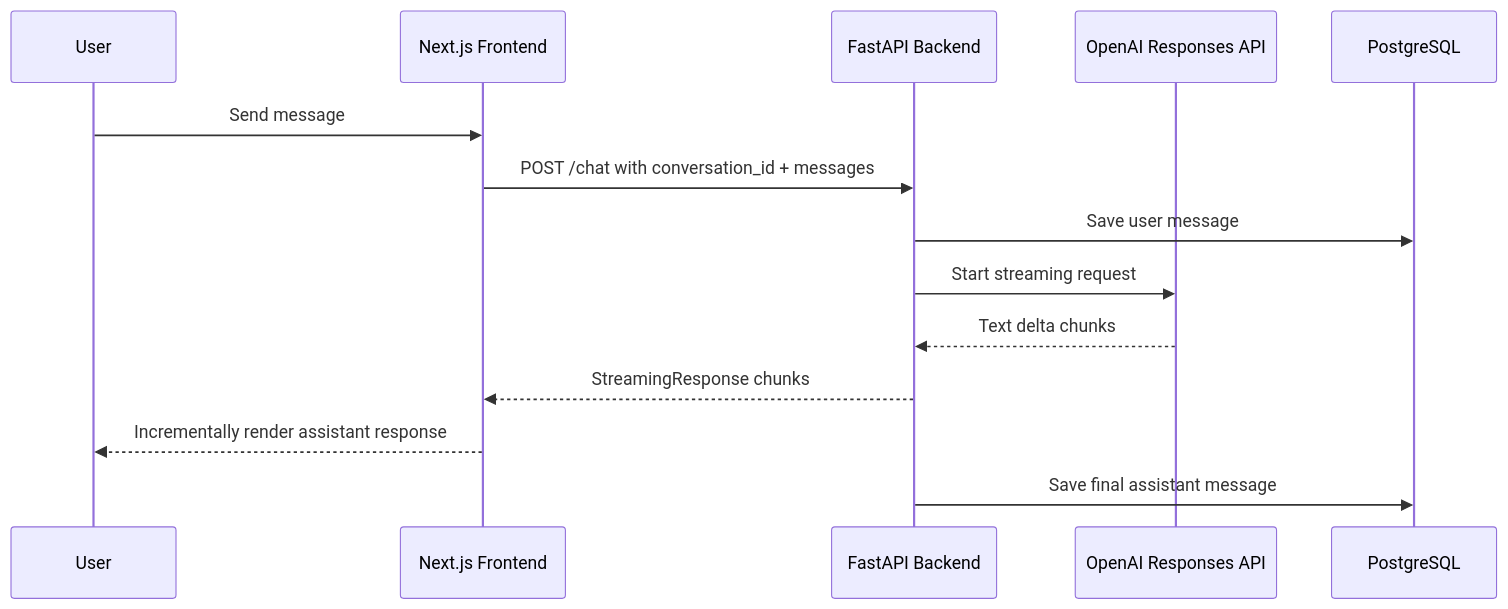
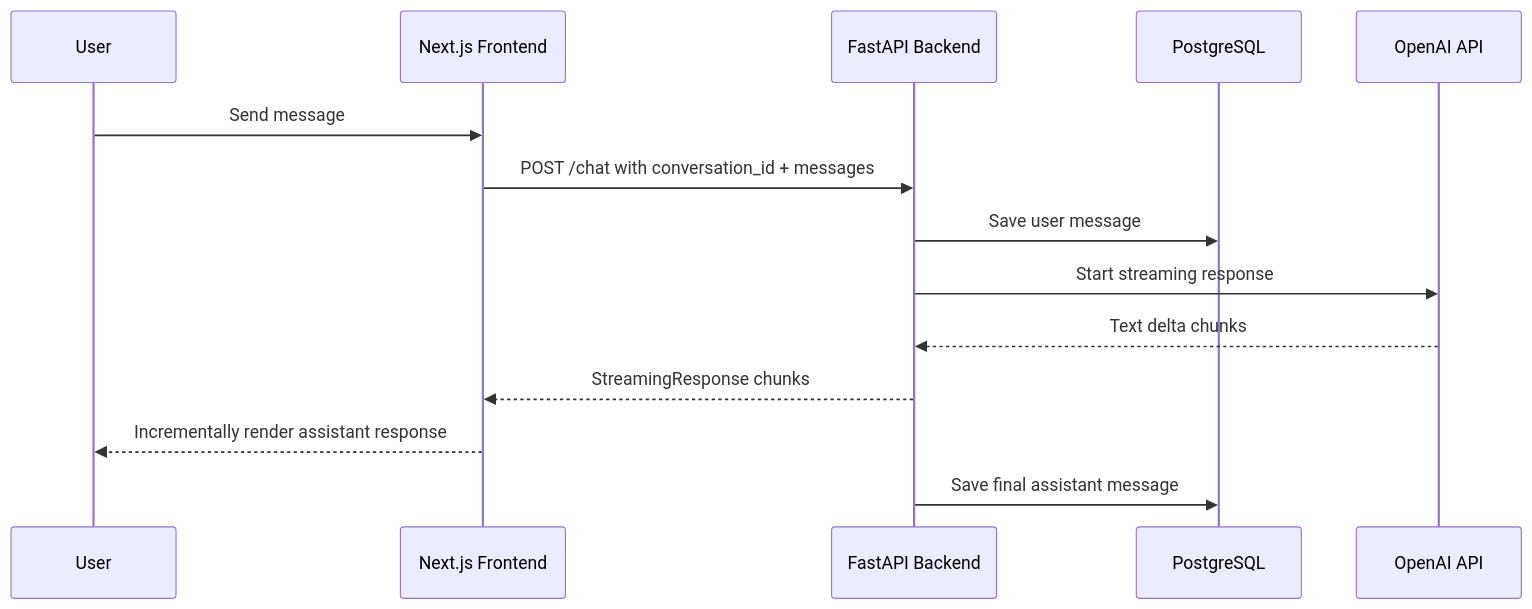
One commit to wangxx1412/ai-workspace-platform changed the third of 6 diagrams in docs/architecture.md. Above: the diagram before and after it, drawn with Mermaid. The commit also changed other lines of this file and 2 other files, not shown here.

````diff
--- a/docs/architecture.md
+++ b/docs/architecture.md
@@ -35,17 +69,17 @@
 ```mermaid
 sequenceDiagram
     participant User
     participant Frontend as Next.js Frontend
     participant Backend as FastAPI Backend
-    participant OpenAI as OpenAI Responses API
     participant DB as PostgreSQL
+    participant OpenAI as OpenAI API
 
     User->>Frontend: Send message
     Frontend->>Backend: POST /chat with conversation_id + messages
     Backend->>DB: Save user message
-    Backend->>OpenAI: Start streaming request
+    Backend->>OpenAI: Start streaming response
     OpenAI-->>Backend: Text delta chunks
     Backend-->>Frontend: StreamingResponse chunks
     Frontend-->>User: Incrementally render assistant response
     Backend->>DB: Save final assistant message
 ```
````
